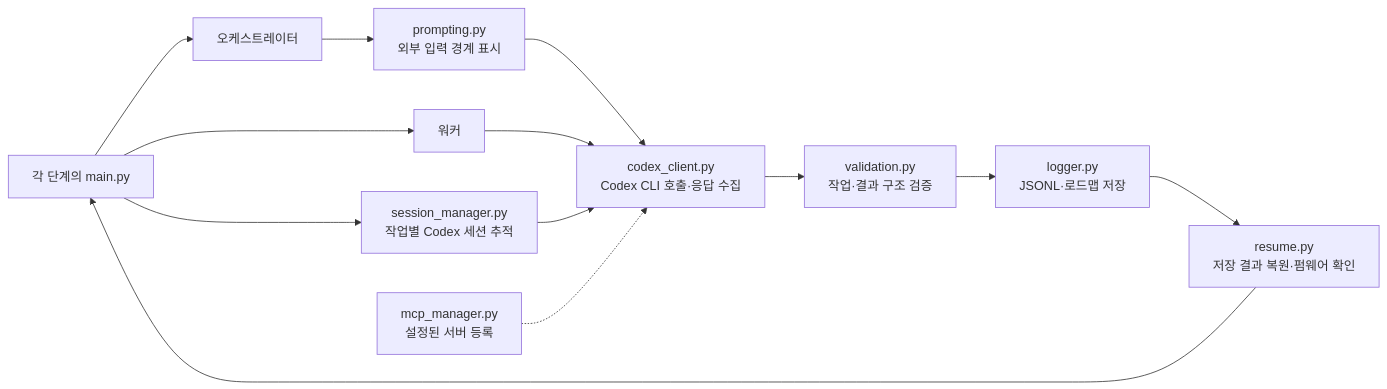
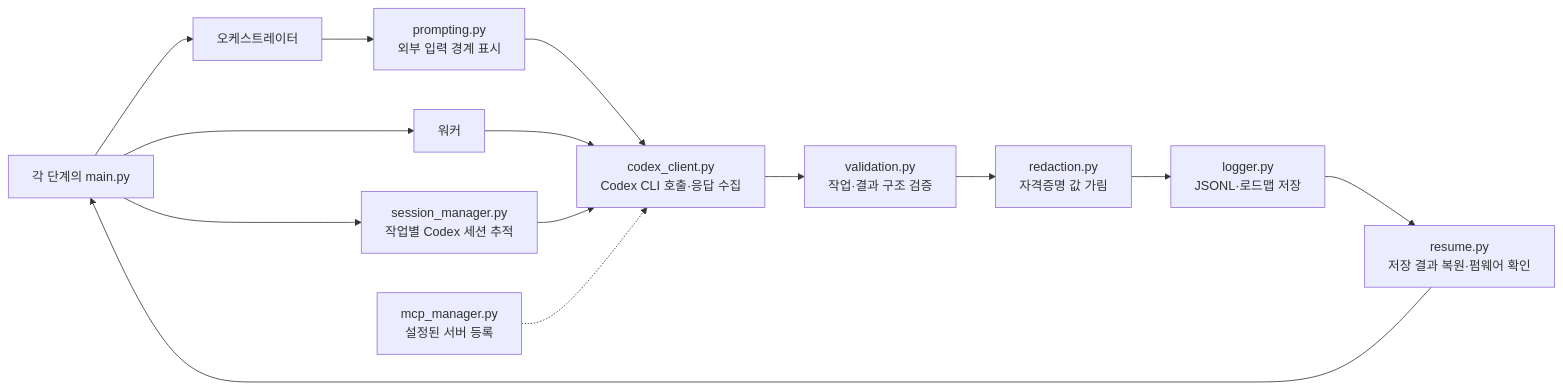
One commit to gl4sss/FBI changed the diagram in shared/README.md. Above: the diagram before and after it, drawn with Mermaid. The commit also changed other lines of this file and 25 other files, not shown here.

````diff
--- a/shared/README.md
+++ b/shared/README.md
@@ -7,15 +7,16 @@
 ```mermaid
 flowchart LR
     MAIN["각 단계의 main.py"] --> ORCH["오케스트레이터"]
     MAIN --> WORK["워커"]
     ORCH --> PROMPT["prompting.py<br/>외부 입력 경계 표시"]
     PROMPT --> CODEX["codex_client.py<br/>Codex CLI 호출·응답 수집"]
     WORK --> CODEX
     CODEX --> CHECK["validation.py<br/>작업·결과 구조 검증"]
-    CHECK --> LOG["logger.py<br/>JSONL·로드맵 저장"]
+    CHECK --> REDACT["redaction.py<br/>자격증명 값 가림"]
+    REDACT --> LOG["logger.py<br/>JSONL·로드맵 저장"]
     MAIN --> SESS["session_manager.py<br/>작업별 Codex 세션 추적"]
     SESS --> CODEX
     LOG --> RESUME["resume.py<br/>저장 결과 복원·펌웨어 확인"]
     RESUME --> MAIN
     MCP["mcp_manager.py<br/>설정된 서버 등록"] -.-> CODEX
 ```
````
